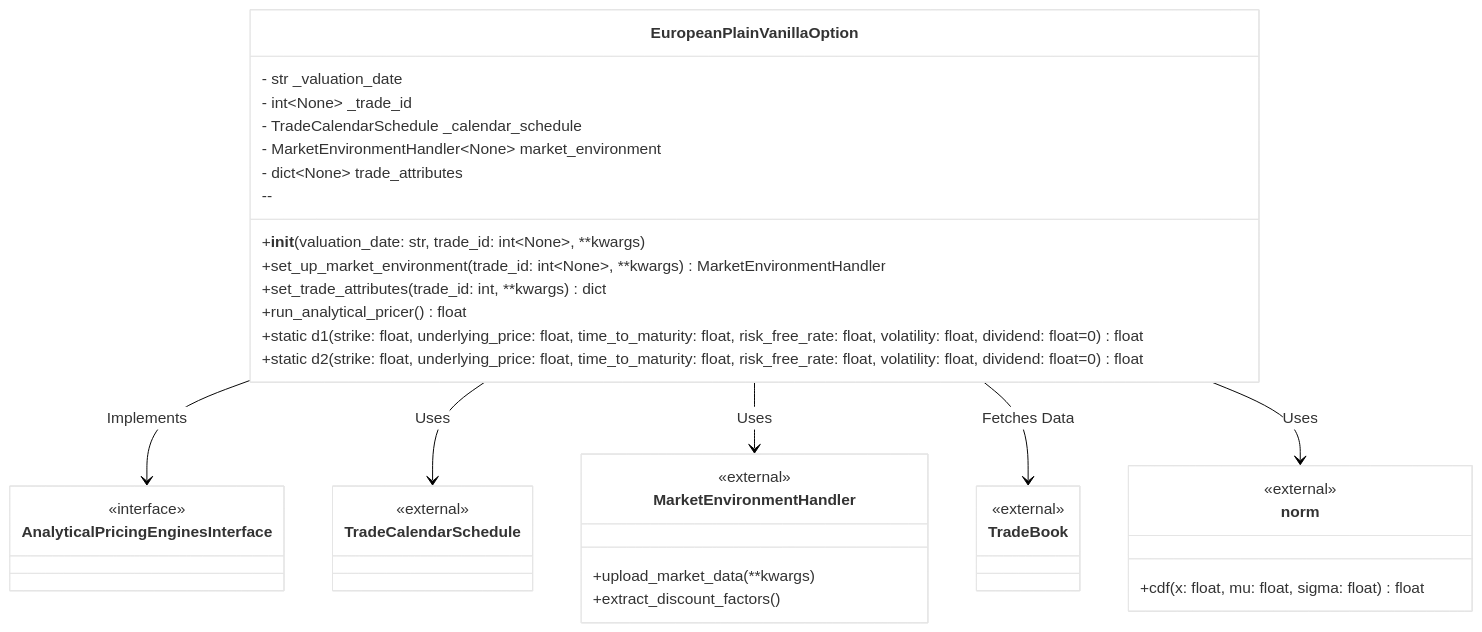
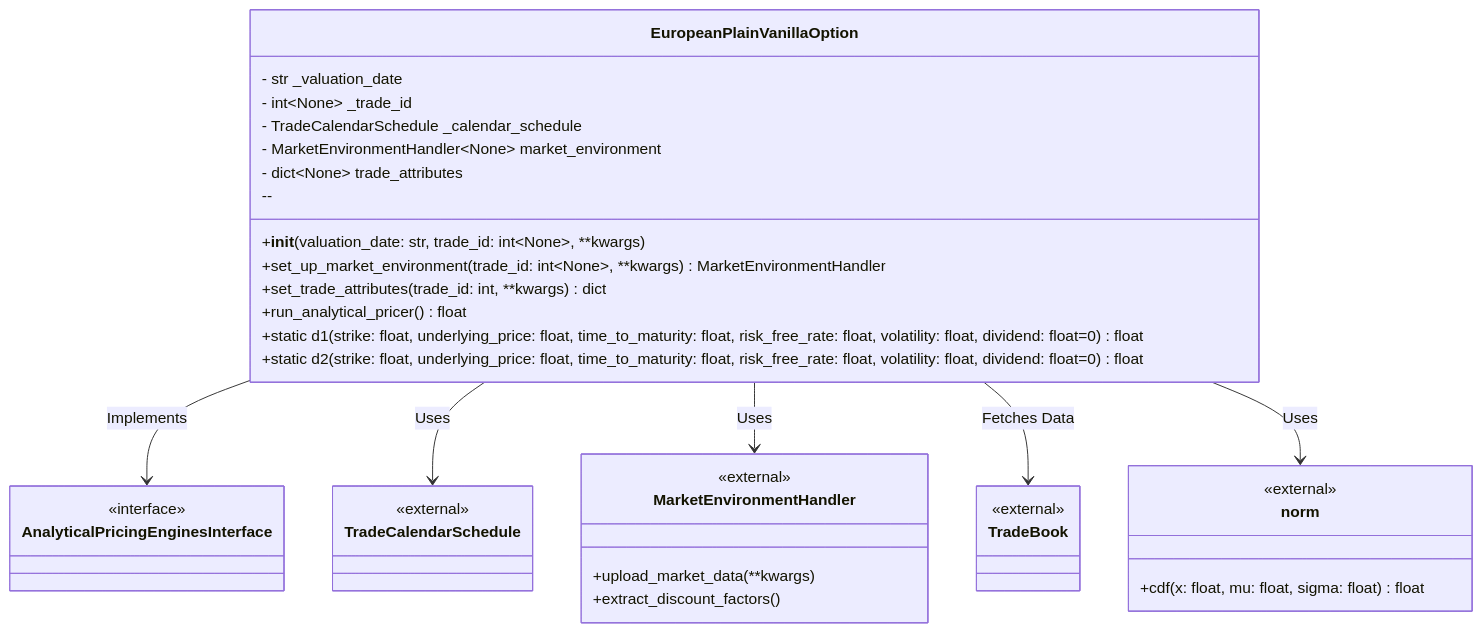
The second of 3 diagrams in README.md (krzysiekbienias/numeraire), drawn with Mermaid before and after one commit.

Commit message:
readme: Change diagrams background.

````diff
--- a/README.md
+++ b/README.md
@@ -218,57 +218,48 @@
 ```mermaid
 classDiagram  
-%%{init: {'theme': 'base', 'themeVariables': {
-    'background': 'rgb(245,245,245)', 
-    'primaryColor': 'rgb(255,255,255)', 
-    'primaryTextColor': '#333333', 
-    'secondaryColor': 'rgb(240,240,240)', 
-    'tertiaryColor': 'rgb(230,230,230)',
-    'edgeLabelBackground': '#ffffff',
-    'lineColor': '#000000',
-    'fontFamily': 'Arial'
-}}}%%
+
 
     class AnalyticalPricingEnginesInterface {
         <<interface>>
     }
     class EuropeanPlainVanillaOption {
         - str _valuation_date
         - int~None~ _trade_id
         - TradeCalendarSchedule _calendar_schedule
         - MarketEnvironmentHandler~None~ market_environment
         - dict~None~ trade_attributes
         --
         +__init__(valuation_date: str, trade_id: int~None~, **kwargs)
         +set_up_market_environment(trade_id: int~None~, **kwargs) MarketEnvironmentHandler
         +set_trade_attributes(trade_id: int, **kwargs) dict
         +run_analytical_pricer() float
         +static d1(strike: float, underlying_price: float, time_to_maturity: float, risk_free_rate: float, volatility: float, dividend: float=0) float
         +static d2(strike: float, underlying_price: float, time_to_maturity: float, risk_free_rate: float, volatility: float, dividend: float=0) float
     }
 
     class TradeCalendarSchedule {
         <<external>>
     }
 
     class TradeBook {
         <<external>>
     }
 
     class MarketEnvironmentHandler {
         <<external>>
         +upload_market_data(**kwargs)
         +extract_discount_factors()
     }
 
     class norm {
         <<external>>
         +cdf(x: float, mu: float, sigma: float) float
     }
 
     %% Relationships
     EuropeanPlainVanillaOption --> AnalyticalPricingEnginesInterface : Implements
     EuropeanPlainVanillaOption --> TradeCalendarSchedule : Uses
     EuropeanPlainVanillaOption --> MarketEnvironmentHandler : Uses
     EuropeanPlainVanillaOption --> TradeBook : Fetches Data
     EuropeanPlainVanillaOption --> norm : Uses
 ```
````
